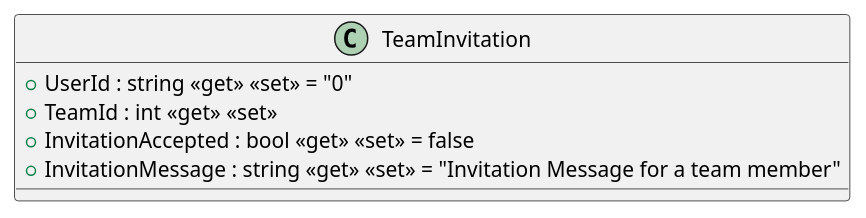
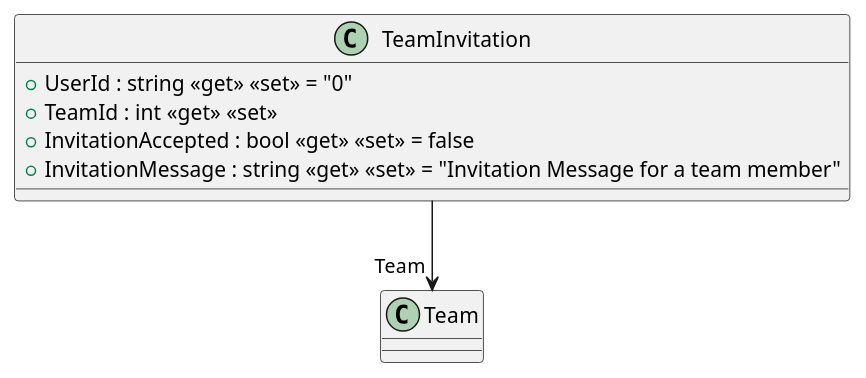
One commit to SEII2627SEALLUAN/SEII2627SEALLUAN changed the diagram in src/AppForSEII.API/ClassDiagram/TeamInvitation.puml. Above: the diagram before and after it, drawn with PlantUML. The commit also changed 6 other files, not shown here.

Commit message:
Add entity relationships and update PlantUML class diagram

```diff
--- a/src/AppForSEII.API/ClassDiagram/TeamInvitation.puml
+++ b/src/AppForSEII.API/ClassDiagram/TeamInvitation.puml
@@ -1,8 +1,9 @@
 @startuml
 class TeamInvitation {
     + UserId : string <<get>> <<set>> = "0"
     + TeamId : int <<get>> <<set>>
     + InvitationAccepted : bool <<get>> <<set>> = false
     + InvitationMessage : string <<get>> <<set>> = "Invitation Message for a team member"
 }
+TeamInvitation --> "Team" Team
 @enduml
```
